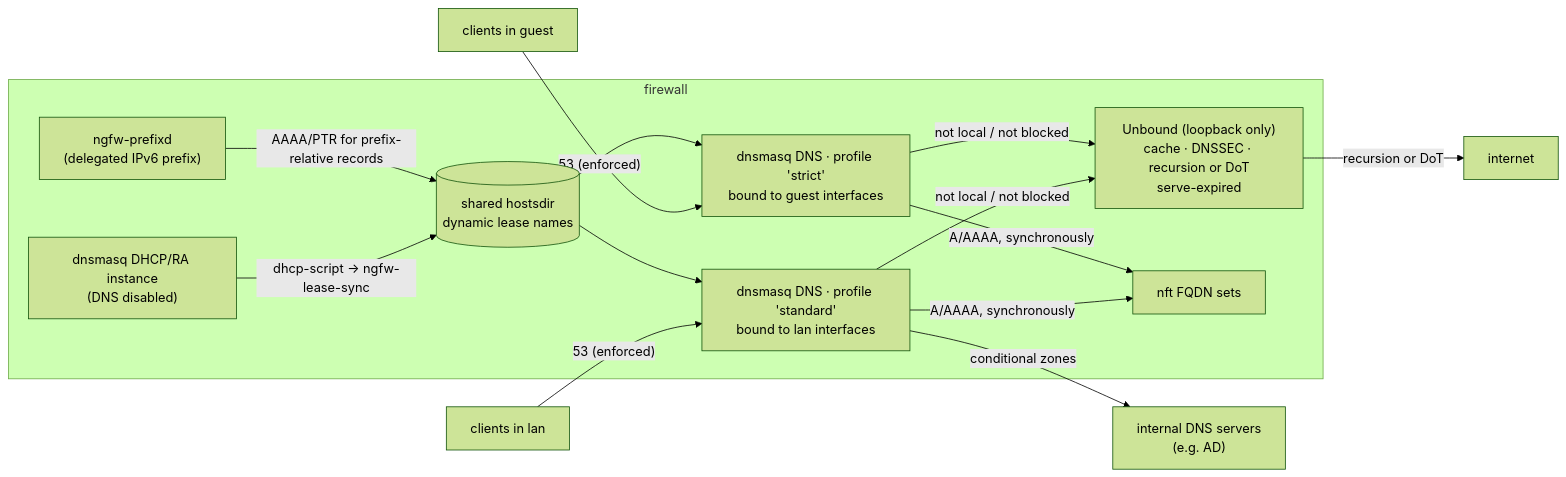
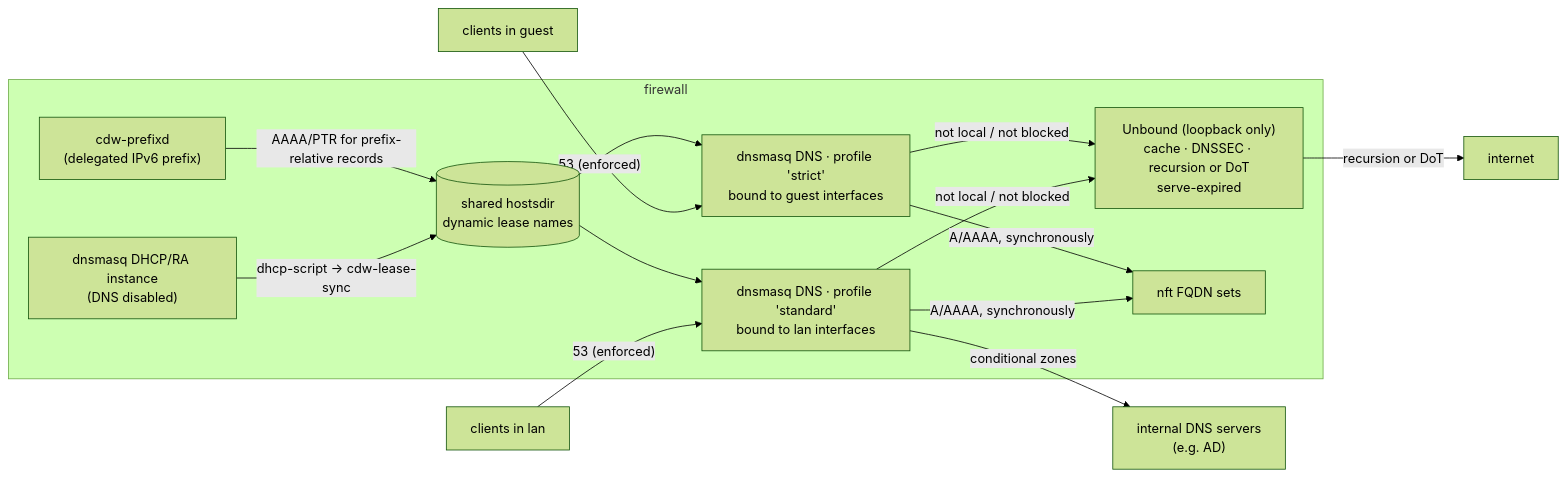
Before and after one commit to henfur/cocodriwall: the diagram in docs/specs/11-dns-dhcp.md, drawn with Mermaid (forest theme). The commit also changed other lines of this file and 14 other files, not shown here.

````diff
--- a/docs/specs/11-dns-dhcp.md
+++ b/docs/specs/11-dns-dhcp.md
@@ -9,24 +9,24 @@
 ```mermaid
 flowchart LR
   CL["clients in lan"] -- "53 (enforced)" --> DS
   CG["clients in guest"] -- "53 (enforced)" --> DT
   subgraph FW["firewall"]
     DS["dnsmasq DNS · profile 'standard'<br/>bound to lan interfaces"]
     DT["dnsmasq DNS · profile 'strict'<br/>bound to guest interfaces"]
     DH["dnsmasq DHCP/RA instance<br/>(DNS disabled)"]
     HD[("shared hostsdir<br/>dynamic lease names")]
-    PD["ngfw-prefixd<br/>(delegated IPv6 prefix)"]
+    PD["cdw-prefixd<br/>(delegated IPv6 prefix)"]
     UB["Unbound (loopback only)<br/>cache · DNSSEC · recursion or DoT<br/>serve-expired"]
     NFT["nft FQDN sets"]
   end
-  DH -- "dhcp-script → ngfw-lease-sync" --> HD
+  DH -- "dhcp-script → cdw-lease-sync" --> HD
   PD -- "AAAA/PTR for prefix-relative records" --> HD
   HD --> DS
   HD --> DT
   DS -- "not local / not blocked" --> UB
   DT -- "not local / not blocked" --> UB
   DS -- "A/AAAA, synchronously" --> NFT
   DT -- "A/AAAA, synchronously" --> NFT
   DS -- "conditional zones" --> CF["internal DNS servers<br/>(e.g. AD)"]
   UB -- "recursion or DoT" --> NET["internet"]
 ```
````
